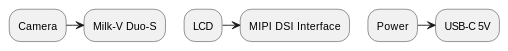
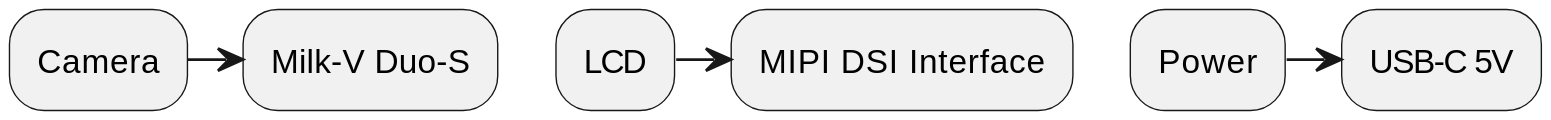
The first of 2 diagrams in docs/README.md (y-Adrian/pocket), drawn with PlantUML before and after one commit. The commit also changed other lines of this file and 28 other files, not shown here.

````diff
--- a/docs/README.md
+++ b/docs/README.md
@@ -79,5 +79,6 @@
-```plantuml
-Camera  –> Milk-V Duo-S
+```puml
+skinparam dpi 300
+Camera  –> Milk-V Duo-S  
 LCD     –> MIPI DSI Interface
 Power   –> USB-C 5V
 ```
````
